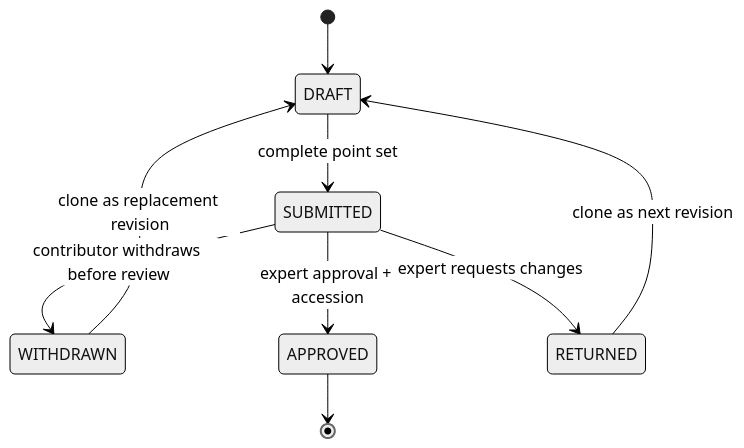
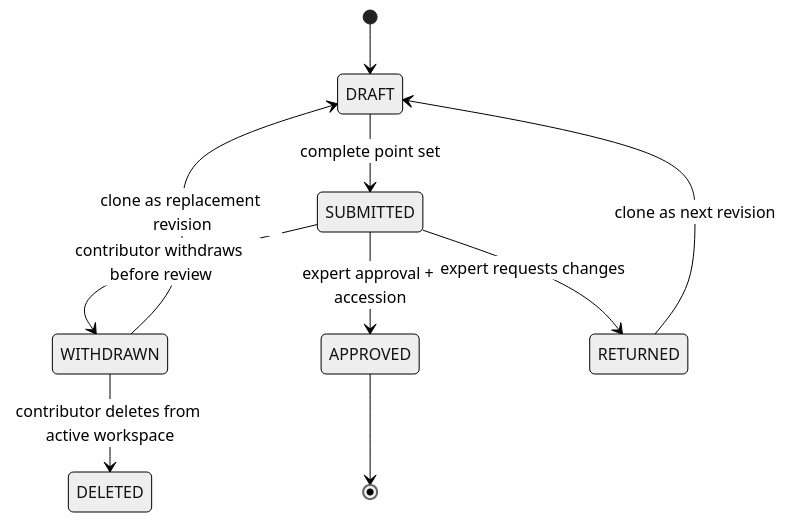
The second of 2 diagrams in docs/ARCHITECTURE.md (vkcvaibhav-eng/global-insect-wing-repository), drawn with Mermaid (neutral theme) before and after one commit. The commit also changed other lines of this file and 9 other files, not shown here.

````diff
--- a/docs/ARCHITECTURE.md
+++ b/docs/ARCHITECTURE.md
@@ -88,11 +88,12 @@
 ```mermaid
 stateDiagram-v2
     [*] --> DRAFT
     DRAFT --> SUBMITTED: complete point set
     SUBMITTED --> WITHDRAWN: contributor withdraws before review
+    WITHDRAWN --> DELETED: contributor deletes from active workspace
     SUBMITTED --> APPROVED: expert approval + accession
     SUBMITTED --> RETURNED: expert requests changes
     RETURNED --> DRAFT: clone as next revision
     WITHDRAWN --> DRAFT: clone as replacement revision
     APPROVED --> [*]
 ```
````
